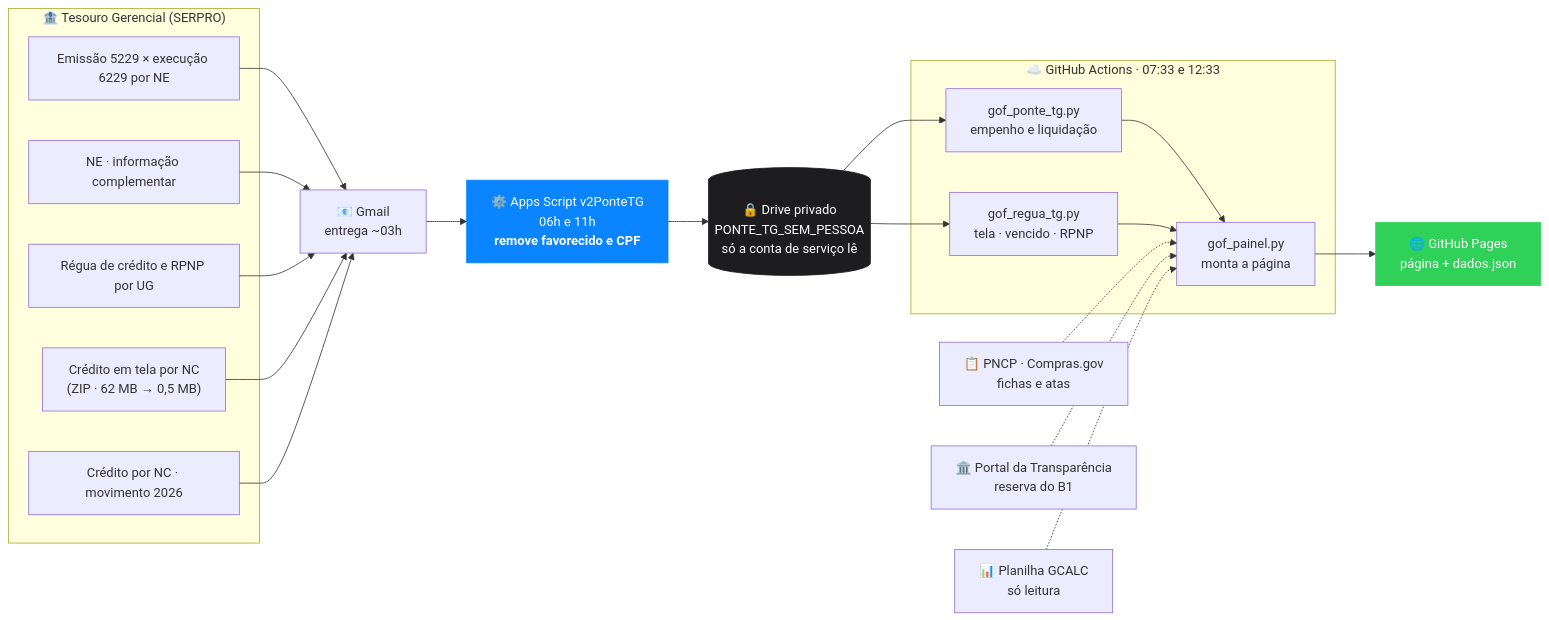
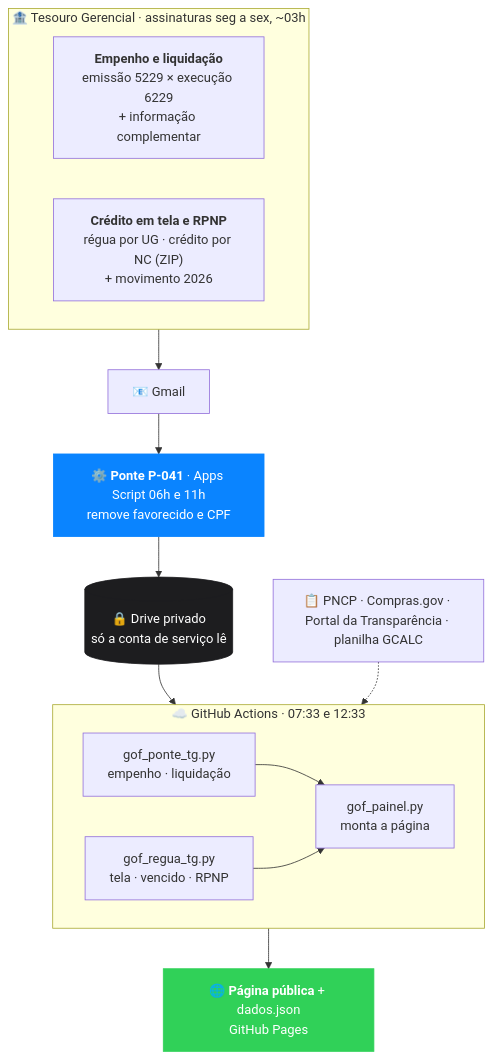
One commit to marcelosaldanha-1978/painel-gof-baaplog changed the second of 6 diagrams in README.md. Above: the diagram before and after it, drawn with Mermaid. The commit also changed other lines of this file, not shown here.

Commit message:
docs: README - fluxo e portoes mais legiveis

````diff
--- a/README.md
+++ b/README.md
@@ -72,27 +72,20 @@
 ```mermaid
-flowchart LR
-    subgraph TG["🏦 Tesouro Gerencial (SERPRO)"]
-      A1["Emissão 5229 × execução 6229 por NE"]
-      A2["NE · informação complementar"]
-      A3["Régua de crédito e RPNP por UG"]
-      A4["Crédito em tela por NC<br/>(ZIP · 62 MB → 0,5 MB)"]
-      A5["Crédito por NC · movimento 2026"]
+flowchart TB
+    subgraph TG["🏦 Tesouro Gerencial · assinaturas seg a sex, ~03h"]
+      direction LR
+      A1["<b>Empenho e liquidação</b><br/>emissão 5229 × execução 6229<br/>+ informação complementar"]
+      A2["<b>Crédito em tela e RPNP</b><br/>régua por UG · crédito por NC (ZIP)<br/>+ movimento 2026"]
     end
-    G["📧 Gmail<br/>entrega ~03h"]
-    P["⚙️ Apps Script v2PonteTG<br/>06h e 11h<br/><b>remove favorecido e CPF</b>"]
-    D[("🔒 Drive privado<br/>PONTE_TG_SEM_PESSOA<br/>só a conta de serviço lê")]
+    TG --> G["📧 Gmail"] --> P["⚙️ <b>Ponte P-041</b> · Apps Script 06h e 11h<br/>remove favorecido e CPF"] --> D[("🔒 Drive privado<br/>só a conta de serviço lê")]
+    D --> GA
     subgraph GA["☁️ GitHub Actions · 07:33 e 12:33"]
-      M1["gof_ponte_tg.py<br/>empenho e liquidação"]
-      M2["gof_regua_tg.py<br/>tela · vencido · RPNP"]
-      M3["gof_painel.py<br/>monta a página"]
+      direction LR
+      M1["gof_ponte_tg.py<br/>empenho · liquidação"] --> M3["gof_painel.py<br/>monta a página"]
+      M2["gof_regua_tg.py<br/>tela · vencido · RPNP"] --> M3
     end
-    X["🌐 GitHub Pages<br/>página + dados.json"]
-    O1["📋 PNCP · Compras.gov<br/>fichas e atas"]
-    O2["🏛️ Portal da Transparência<br/>reserva do B1"]
-    O3["📊 Planilha GCALC<br/>só leitura"]
-    A1 & A2 & A3 & A4 & A5 --> G --> P --> D --> M1 & M2 --> M3 --> X
-    O1 & O2 & O3 -.-> M3
+    O["📋 PNCP · Compras.gov · Portal da Transparência · planilha GCALC"] -.-> GA
+    GA --> X["🌐 <b>Página pública</b> + dados.json<br/>GitHub Pages"]
     style P fill:#0a84ff,color:#fff,stroke:#0a84ff
     style D fill:#1d1d1f,color:#fff,stroke:#1d1d1f
     style X fill:#30d158,color:#fff,stroke:#30d158
 ```
````
